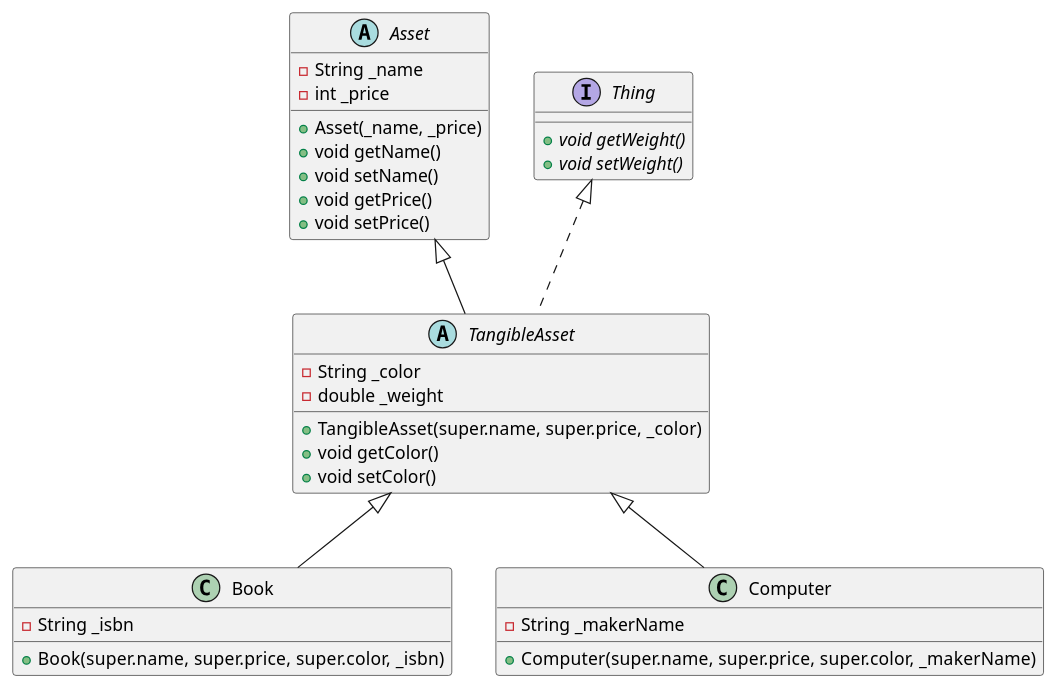
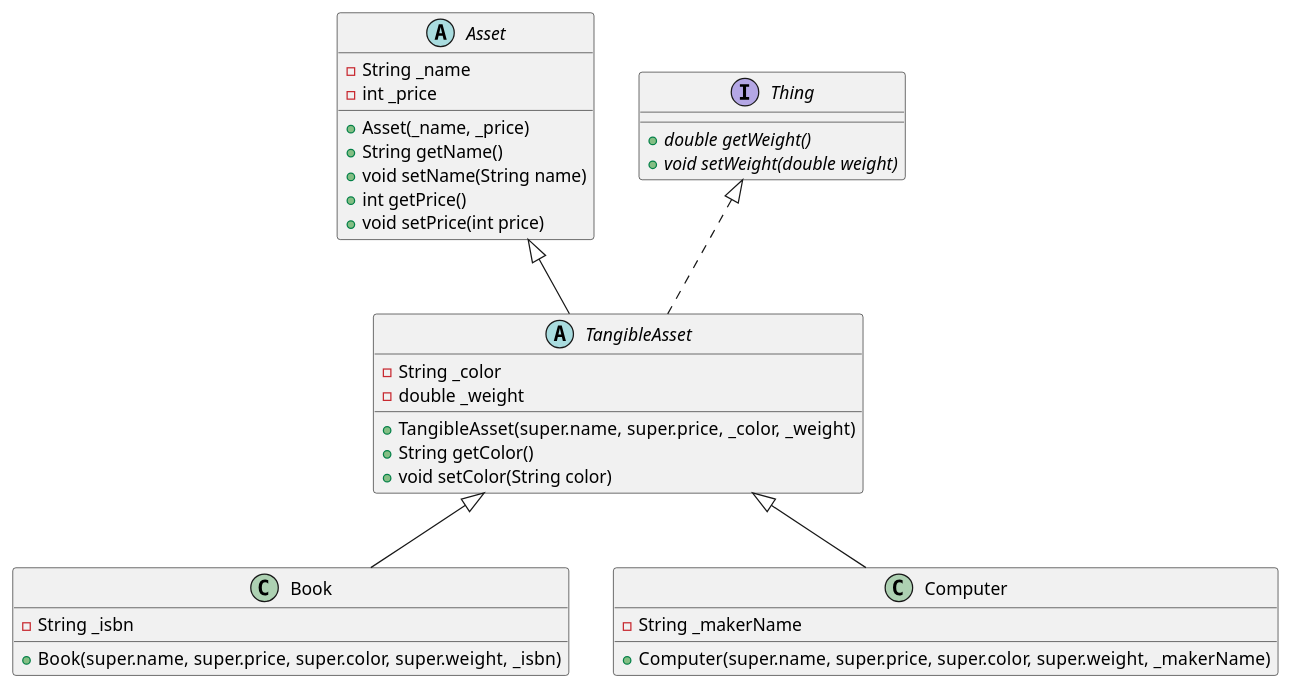
Before and after one commit to SurvivalCodingCampus/sesac7_dart_study: the diagram in lib/asset_diagram.puml, drawn with PlantUML.

Commit message:
chore: 자산 관리 프로그램의 클래스 다이어그램 수정

```diff
--- a/lib/asset_diagram.puml
+++ b/lib/asset_diagram.puml
@@ -1,37 +1,37 @@
 @startuml
 abstract class Asset {
     - String _name
     - int _price
 
     + Asset(_name, _price)
-    + void getName()
-    + void setName()
-    + void getPrice()
-    + void setPrice()
+    + String getName()
+    + void setName(String name)
+    + int getPrice()
+    + void setPrice(int price)
 }
 
 abstract class TangibleAsset extends Asset implements Thing {
     - String _color
     - double _weight
-    + TangibleAsset(super.name, super.price, _color)
-    + void getColor()
-    + void setColor()
+    + TangibleAsset(super.name, super.price, _color, _weight)
+    + String getColor()
+    + void setColor(String color)
 }
 
 class Book extends TangibleAsset {
     - String _isbn
 
-    + Book(super.name, super.price, super.color, _isbn)
+    + Book(super.name, super.price, super.color, super.weight, _isbn)
 }
 
 class Computer extends TangibleAsset {
     - String _makerName
 
-    + Computer(super.name, super.price, super.color, _makerName)
+    + Computer(super.name, super.price, super.color, super.weight, _makerName)
 }
 
 interface Thing {
-    {abstract} + void getWeight()
-    {abstract} + void setWeight()
+    {abstract} + double getWeight()
+    {abstract} + void setWeight(double weight)
 }
 @enduml
```
